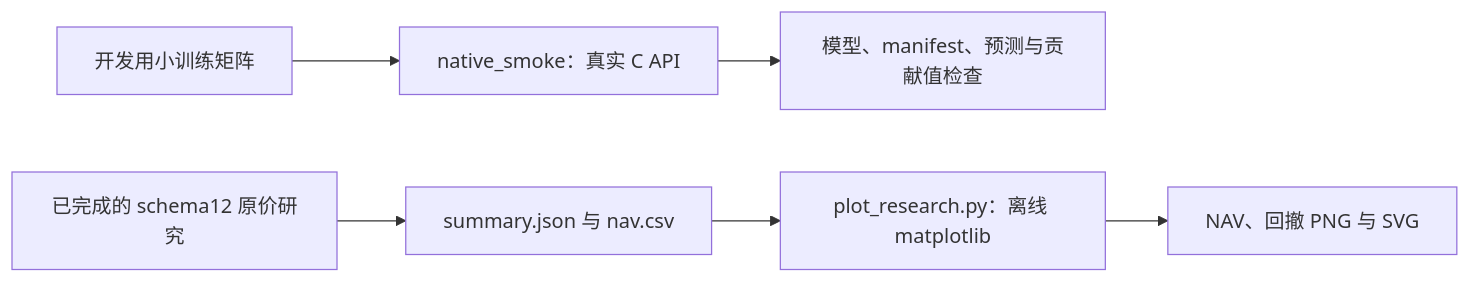
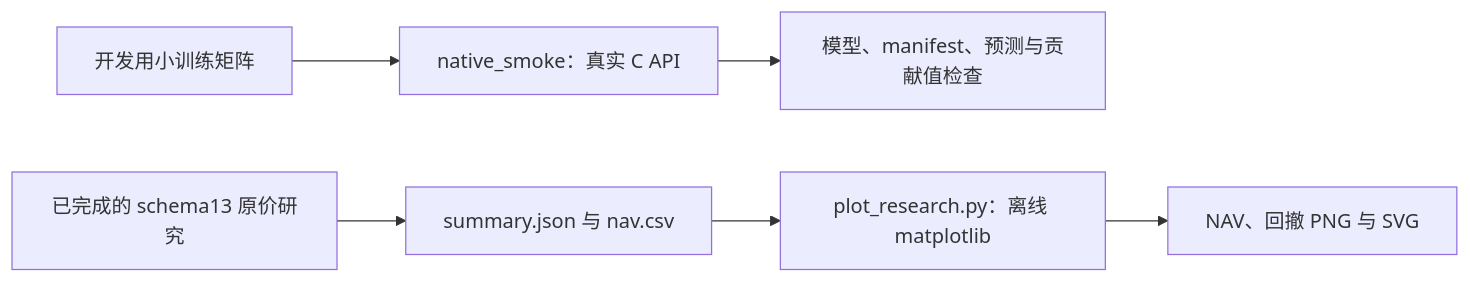
The first of 2 diagrams in crates/ml/examples/README.md (Dennishaha/JFQuant), drawn with Mermaid before and after one commit. The commit also changed other lines of this file and 78 other files, not shown here.

````diff
--- a/crates/ml/examples/README.md
+++ b/crates/ml/examples/README.md
@@ -11,8 +11,8 @@
 ```mermaid
 flowchart LR
   SMALL["开发用小训练矩阵"] --> SMOKE["native_smoke：真实 C API"]
   SMOKE --> ART["模型、manifest、预测与贡献值检查"]
-  RESEARCH["已完成的 schema12 原价研究"] --> JSON["summary.json 与 nav.csv"]
+  RESEARCH["已完成的 schema13 原价研究"] --> JSON["summary.json 与 nav.csv"]
   JSON --> PLOT["plot_research.py：离线 matplotlib"]
   PLOT --> FIG["NAV、回撤 PNG 与 SVG"]
 ```
````
